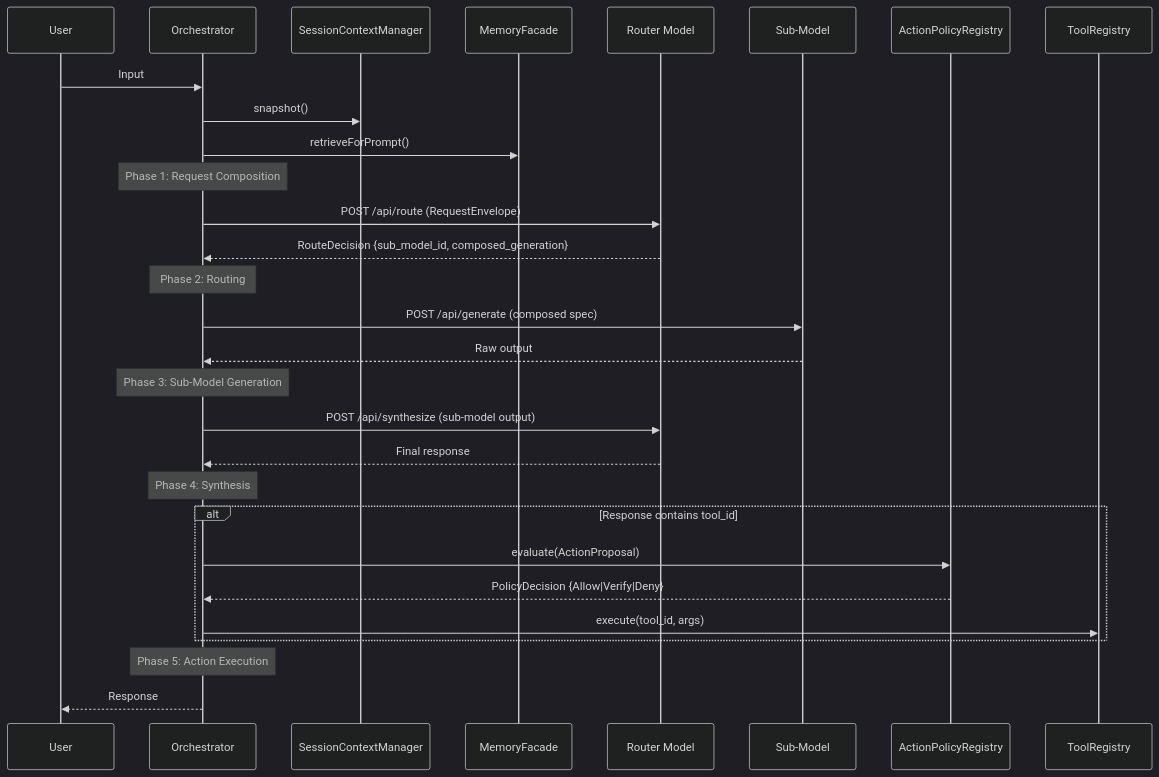
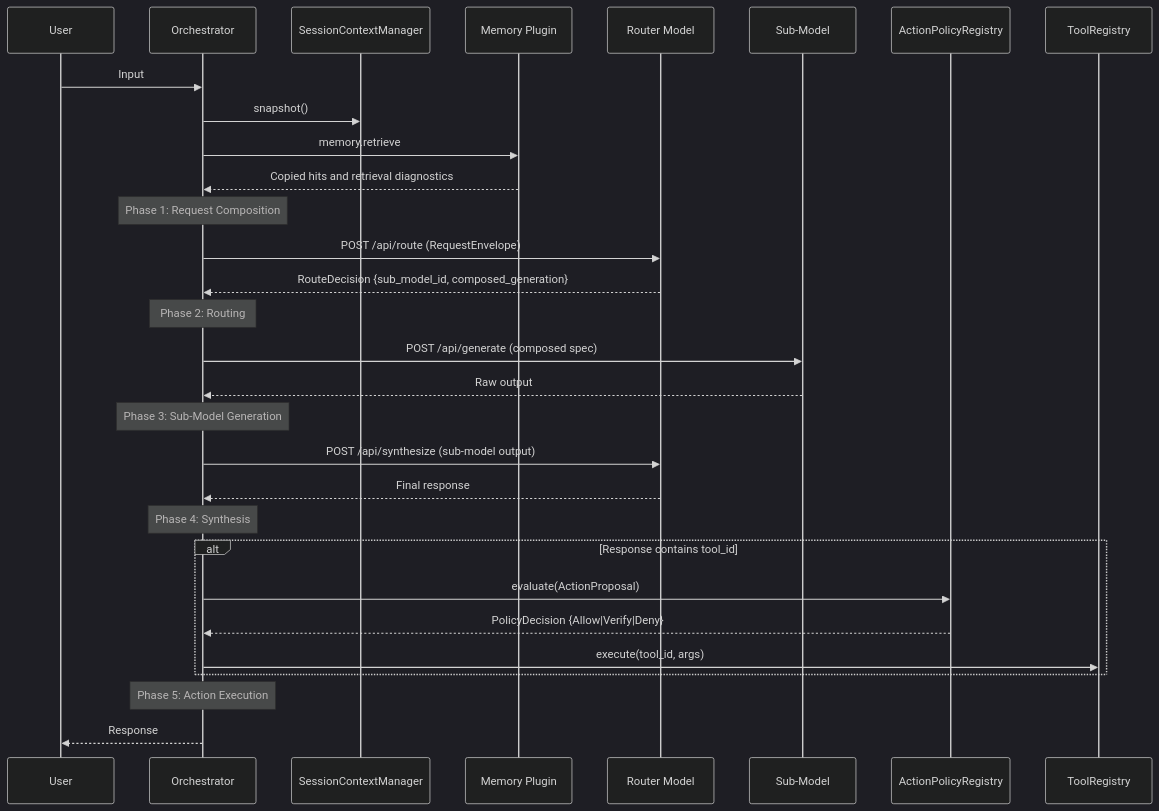
Before and after one commit to Reaper3825/G.R.I.M: the second of 2 diagrams in README.md, drawn with Mermaid (dark theme). The commit also changed other lines of this file and 83 other files, not shown here.

````diff
--- a/README.md
+++ b/README.md
@@ -130,37 +130,38 @@
 ```mermaid
 sequenceDiagram
     participant User
     participant Orchestrator
     participant SessionCtx as SessionContextManager
-    participant Memory as MemoryFacade
+    participant Memory as Memory Plugin
     participant Router as Router Model
     participant SubModel as Sub-Model
     participant Policy as ActionPolicyRegistry
     participant Tools as ToolRegistry
 
     User->>Orchestrator: Input
     Orchestrator->>SessionCtx: snapshot()
-    Orchestrator->>Memory: retrieveForPrompt()
+    Orchestrator->>Memory: memory.retrieve
+    Memory-->>Orchestrator: Copied hits and retrieval diagnostics
     Note over Orchestrator: Phase 1: Request Composition
 
     Orchestrator->>Router: POST /api/route (RequestEnvelope)
     Router-->>Orchestrator: RouteDecision {sub_model_id, composed_generation}
     Note over Orchestrator: Phase 2: Routing
 
     Orchestrator->>SubModel: POST /api/generate (composed spec)
     SubModel-->>Orchestrator: Raw output
     Note over Orchestrator: Phase 3: Sub-Model Generation
 
     Orchestrator->>Router: POST /api/synthesize (sub-model output)
     Router-->>Orchestrator: Final response
     Note over Orchestrator: Phase 4: Synthesis
 
     alt Response contains tool_id
         Orchestrator->>Policy: evaluate(ActionProposal)
         Policy-->>Orchestrator: PolicyDecision {Allow|Verify|Deny}
         Orchestrator->>Tools: execute(tool_id, args)
     end
     Note over Orchestrator: Phase 5: Action Execution
 
     Orchestrator-->>User: Response
 ```
````
